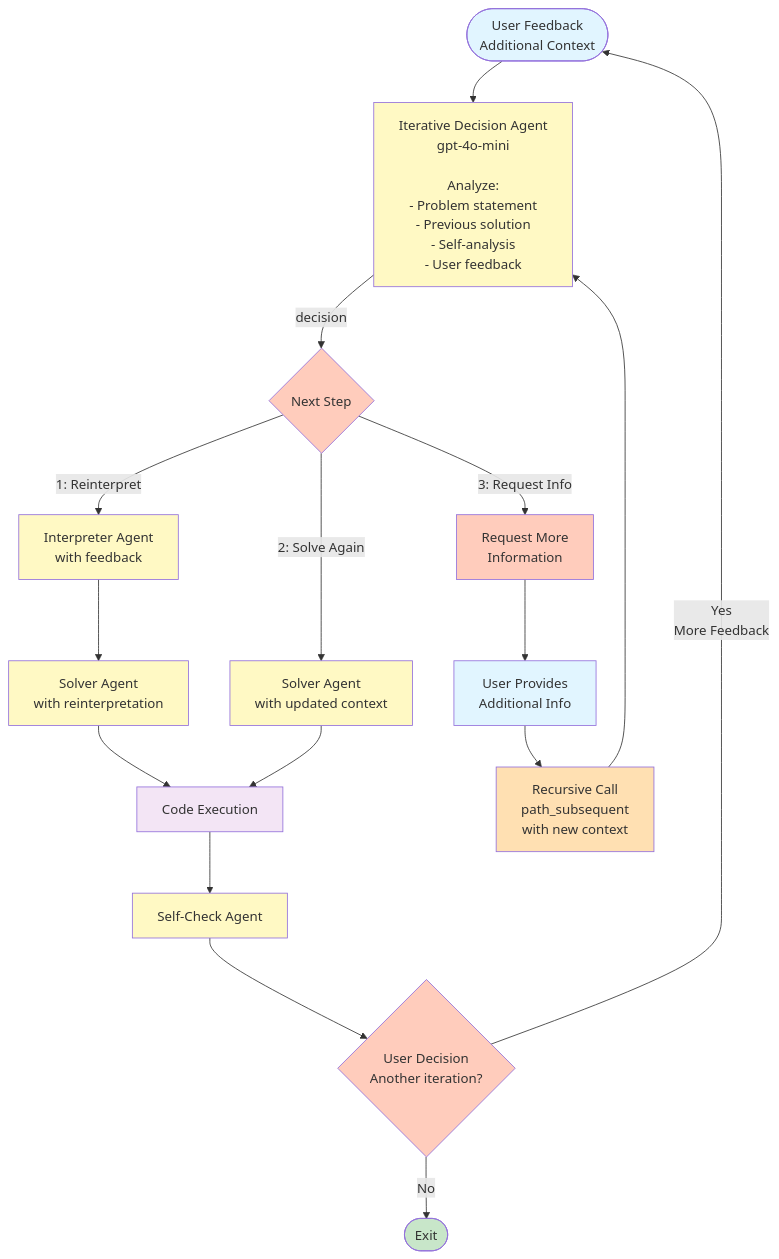
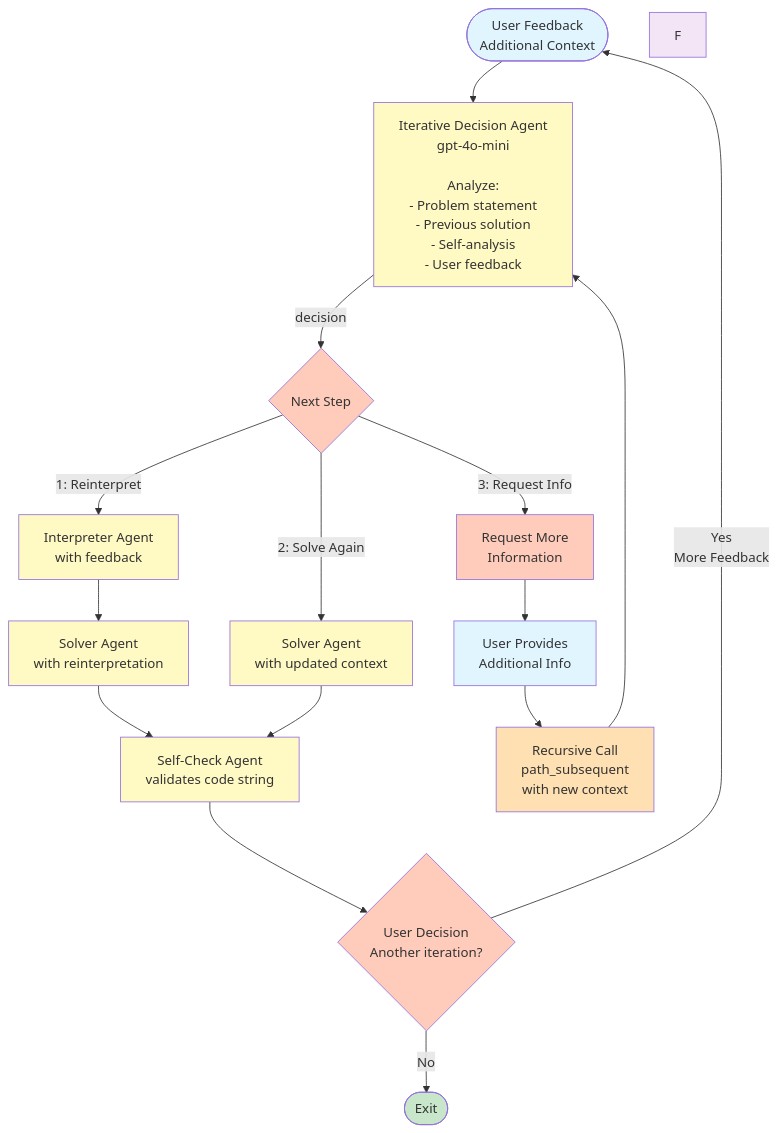
The third of 9 diagrams in AGENT_FLOW_MERMAID.md (thang-dinh/optimusGPT), drawn with Mermaid before and after one commit. The commit also changed other lines of this file and 1 other file, not shown here.

Commit message:
Add clarifications about execution behavior in iterative flow

````diff
--- a/AGENT_FLOW_MERMAID.md
+++ b/AGENT_FLOW_MERMAID.md
@@ -47,36 +49,34 @@
 ```mermaid
 flowchart TD
     A([User Feedback<br/>Additional Context]) --> B[Iterative Decision Agent<br/>gpt-4o-mini<br/><br/>Analyze:<br/>- Problem statement<br/>- Previous solution<br/>- Self-analysis<br/>- User feedback]
     B -->|decision| C{Next Step}
     
     C -->|1: Reinterpret| D[Interpreter Agent<br/>with feedback]
     D --> E[Solver Agent<br/>with reinterpretation]
-    E --> F[Code Execution]
+    E --> K[Self-Check Agent<br/>validates code string]
     
     C -->|2: Solve Again| G[Solver Agent<br/>with updated context]
-    G --> F
+    G --> K
     
     C -->|3: Request Info| H[Request More<br/>Information]
     H --> I[User Provides<br/>Additional Info]
     I --> J[Recursive Call<br/>path_subsequent<br/>with new context]
     J --> B
-    
-    F --> K[Self-Check Agent]
     K --> L{User Decision<br/>Another iteration?}
     L -->|No| M([Exit])
     L -->|Yes<br/>More Feedback| A
     
     style A fill:#e1f5ff
     style B fill:#fff9c4
     style C fill:#ffccbc
     style D fill:#fff9c4
     style E fill:#fff9c4
     style F fill:#f3e5f5
     style G fill:#fff9c4
     style H fill:#ffccbc
     style I fill:#e1f5ff
     style J fill:#ffe0b2
     style K fill:#fff9c4
     style L fill:#ffccbc
     style M fill:#c8e6c9
 ```
````
